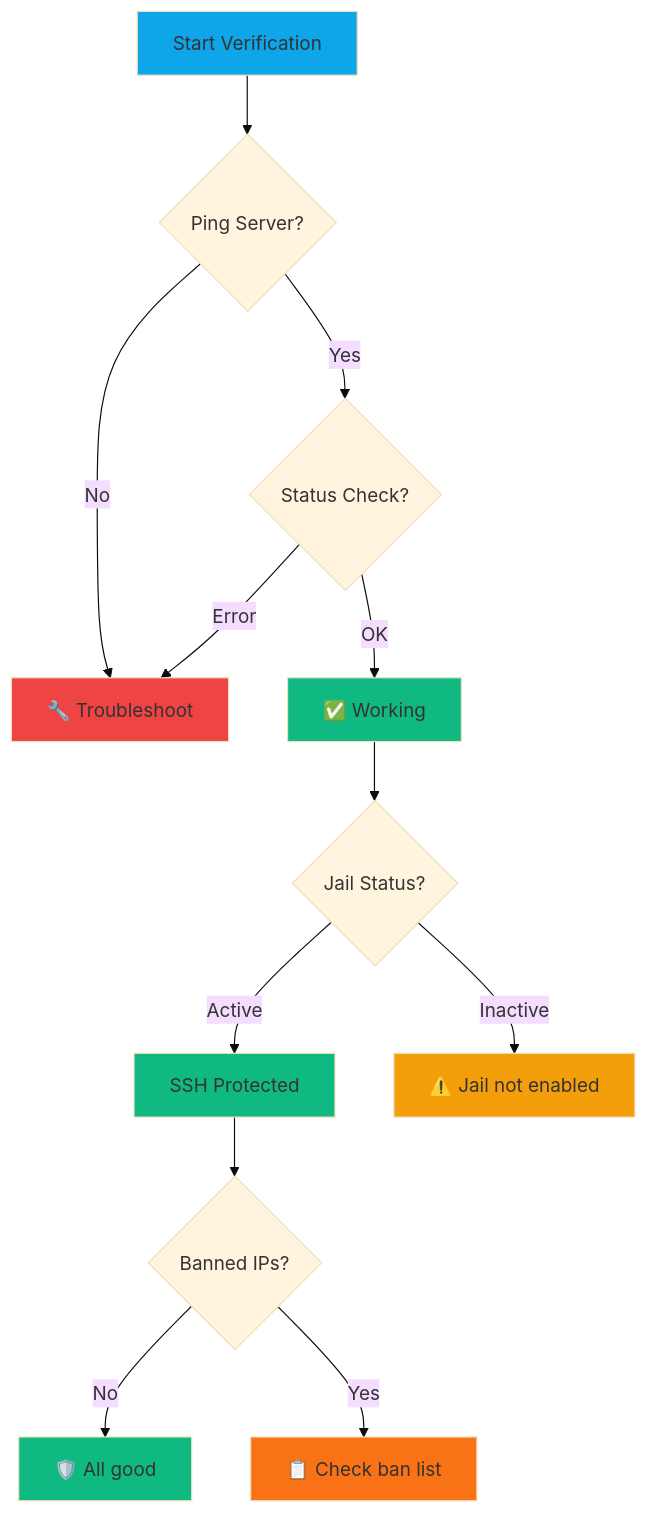
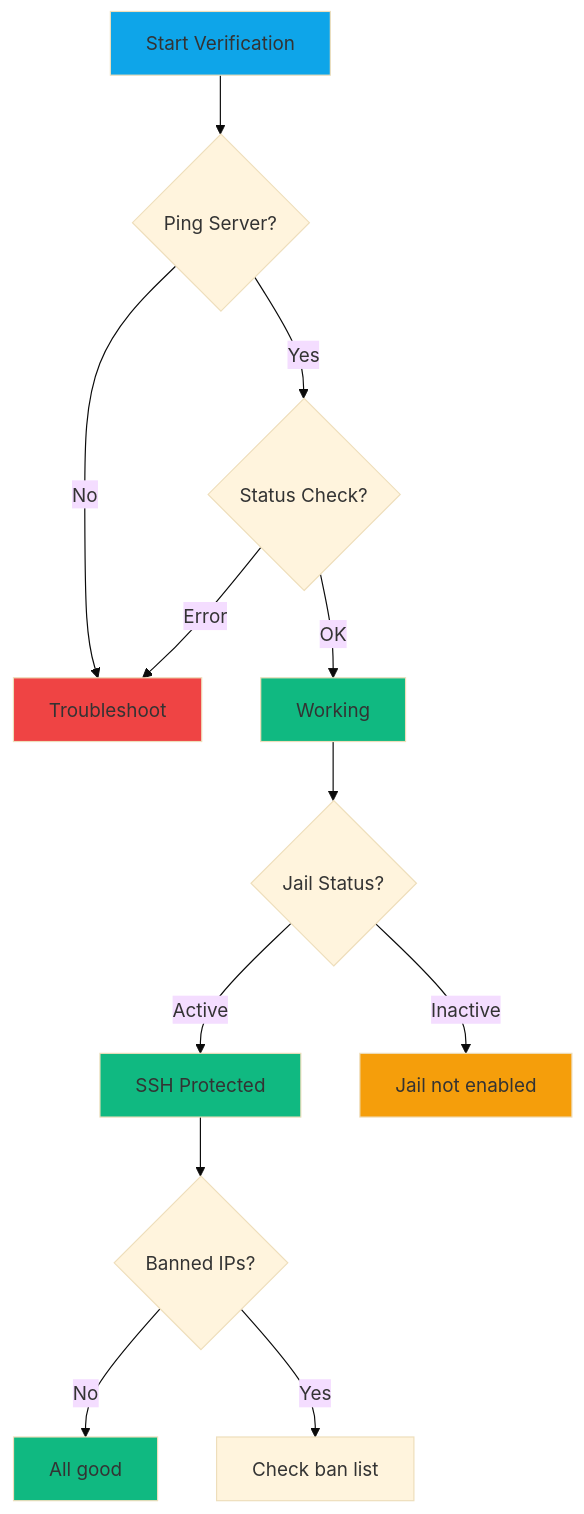
The sixth of 8 diagrams in docs/use-cases/fail2ban-opencloudos.md (fanani-radian/openclaw-sumopod), drawn with Mermaid (base theme) before and after one commit. The commit also changed other lines of this file, not shown here.

First line of the commit message:
fix(fail2ban): Fix Mermaid diagram syntax for GitHub rendering

````diff
--- a/docs/use-cases/fail2ban-opencloudos.md
+++ b/docs/use-cases/fail2ban-opencloudos.md
@@ -356,24 +297,23 @@
 ```mermaid
 flowchart TD
     A[Start Verification] --> B{Ping Server?}
     B -->|Yes| C{Status Check?}
-    B -->|No| Z[🔧 Troubleshoot]
-    C -->|OK| D[✅ Working]
+    B -->|No| Z[Troubleshoot]
+    C -->|OK| D[Working]
     C -->|Error| Z
     
     D --> E{Jail Status?}
     E -->|Active| F[SSH Protected]
-    E -->|Inactive| G[⚠️ Jail not enabled]
+    E -->|Inactive| G[Jail not enabled]
     
     F --> H{Banned IPs?}
-    H -->|No| I[🛡️ All good]
-    H -->|Yes| J[📋 Check ban list]
+    H -->|No| I[All good]
+    H -->|Yes| J[Check ban list]
     
     style A fill:#0ea5e9
     style D fill:#10b981
     style F fill:#10b981
     style I fill:#10b981
     style G fill:#f59e0b
-    style J fill:#f97316
     style Z fill:#ef4444
 ```
````
